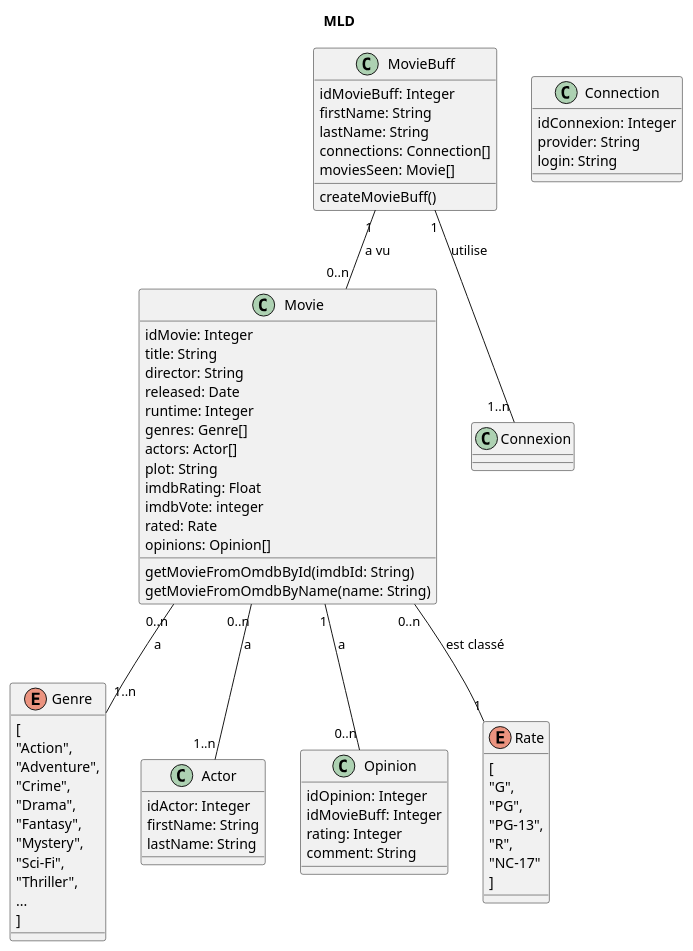
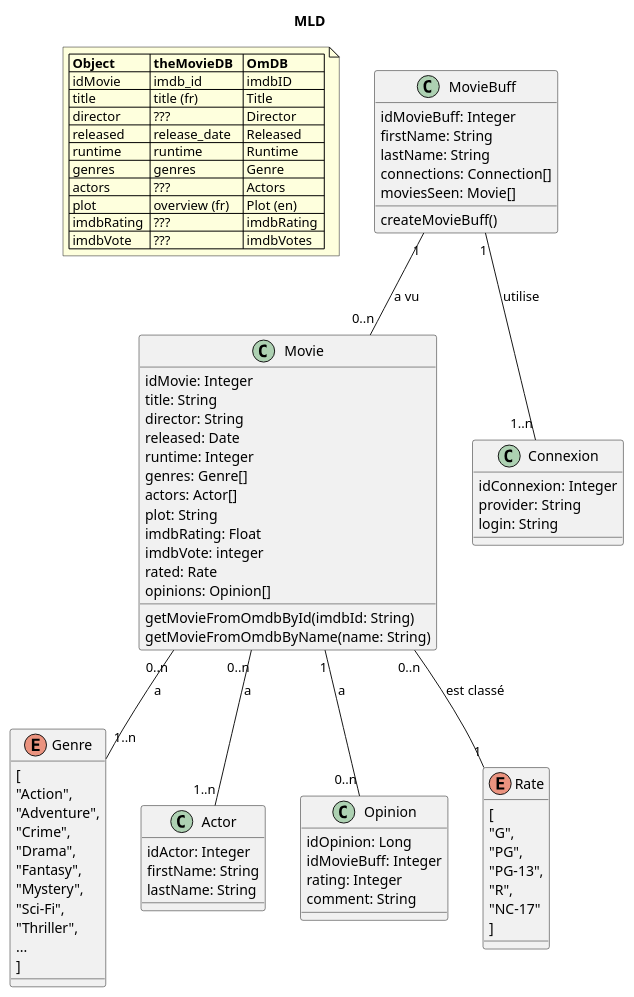
One commit to SylvainSimplonGit/red-thread changed the second of 2 diagrams in documentation/model.puml. Above: the diagram before and after it, drawn with PlantUML. The commit also changed other lines of this file, not shown here.

Commit message:
Add correspondence between APIs

```diff
--- a/documentation/model.puml
+++ b/documentation/model.puml
@@ -35,83 +35,97 @@
 @startuml
 title MLD
+
+note as Correspondence
+  |= Object     |= theMovieDB   |= OmDB       |
+  | idMovie     | imdb_id       | imdbID      |
+  | title       | title (fr)    | Title       |
+  | director    | ???           | Director    |
+  | released    | release_date  | Released    |
+  | runtime     | runtime       | Runtime     |
+  | genres      | genres        | Genre       |
+  | actors      | ???           | Actors      |
+  | plot        | overview (fr) | Plot (en)   |
+  | imdbRating  | ???           | imdbRating  |
+  | imdbVote    | ???           | imdbVotes   |
+end note
 
 Movie                 "0..n" -- "1..n"     Genre : a
 Movie                 "0..n" -- "1..n"     Actor : a
 Movie                 "1"    -- "0..n"     Opinion : a
 Movie                 "0..n" -- "1"        Rate : est classé
 MovieBuff             "1"    -- "1..n"     Connexion : utilise
 MovieBuff             "1"    -- "0..n"     Movie : a vu
 
 class Movie {
   idMovie: Integer
   title: String
   director: String
   released: Date
   runtime: Integer
   genres: Genre[]
   actors: Actor[]
   plot: String
   imdbRating: Float
   imdbVote: integer
   rated: Rate
   opinions: Opinion[]
 
   getMovieFromOmdbById(imdbId: String)
   getMovieFromOmdbByName(name: String)
 }
 
 enum Genre {
   [
     "Action",
     "Adventure",
     "Crime",
     "Drama",
     "Fantasy",
     "Mystery",
     "Sci-Fi",
     "Thriller",
     ...
   ]
 }
 
 enum Rate {
   [
     "G",
     "PG",
     "PG-13",
     "R",
     "NC-17"
   ]
 }
 
 class Actor {
   idActor: Integer
   firstName: String
   lastName: String
 }
 
 class MovieBuff {
   idMovieBuff: Integer
   firstName: String
   lastName: String
   connections: Connection[] 
   moviesSeen: Movie[]
 
   createMovieBuff()
 
 }
 
-class Connection {
+class Connexion {
   idConnexion: Integer
   provider: String
   login: String
 }
 
 class Opinion {
-  idOpinion: Integer
+  idOpinion: Long
   idMovieBuff: Integer
   rating: Integer
   comment: String
 }
 
 @enduml
```
